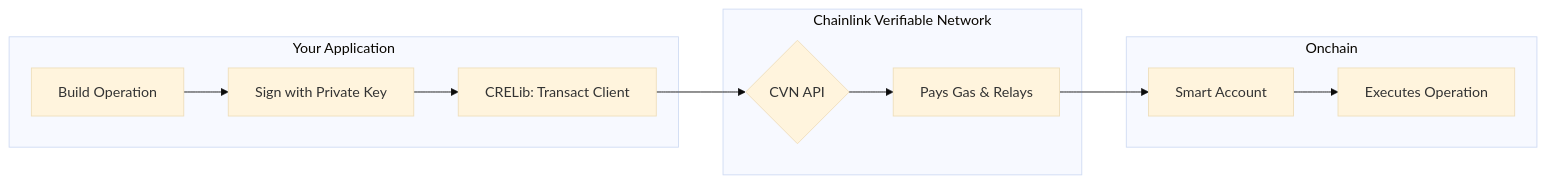
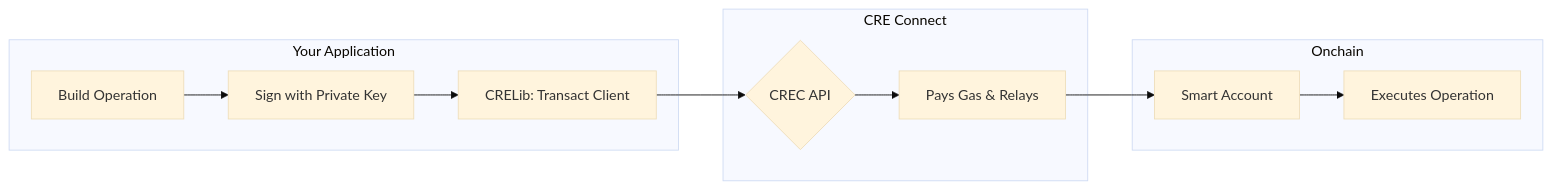
The second of 2 diagrams in README.md (smartcontractkit/crec-sdk), drawn with Mermaid (base theme) before and after one commit. The commit also changed other lines of this file and 37 other files, not shown here.

First line of the commit message:
feat: [BCM-1009] renaming cvn -> crec (#50)

````diff
--- a/README.md
+++ b/README.md
@@ -123,20 +124,20 @@
 ```mermaid
 graph LR
     subgraph Your Application
         A[Build Operation]
         B[Sign with Private Key]
         C[CRELib: Transact Client]
     end
 
-    subgraph Chainlink Verifiable Network
-        D{CVN API}
+    subgraph CRE Connect
+        D{CREC API}
         E[Pays Gas & Relays]
     end
 
     subgraph Onchain
         F[Smart Account]
         G[Executes Operation]
     end
 
     A --> B --> C --> D --> E --> F --> G
 ```
````
